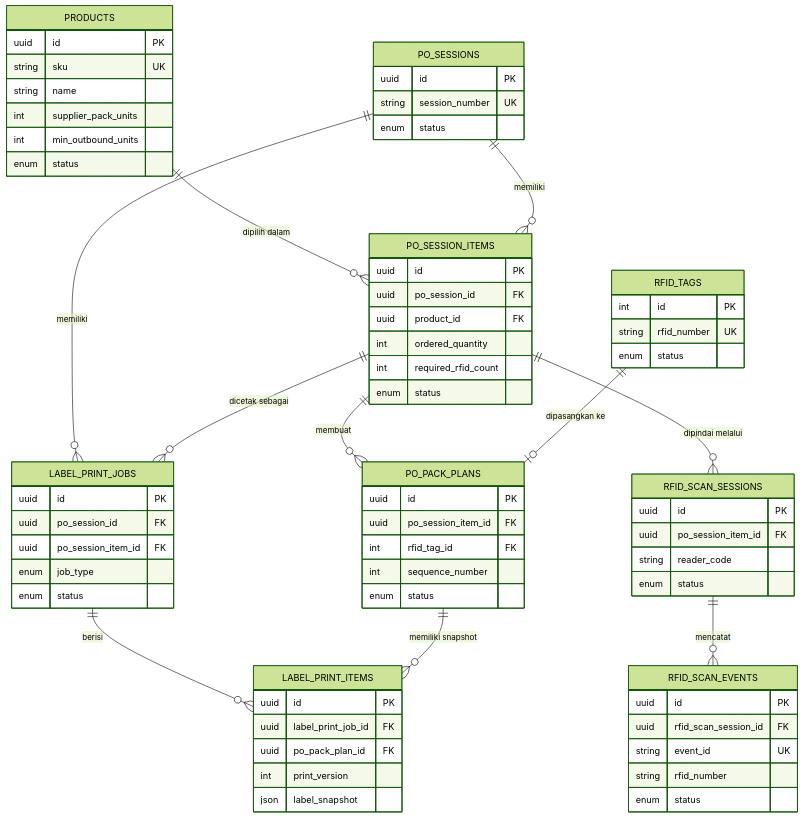
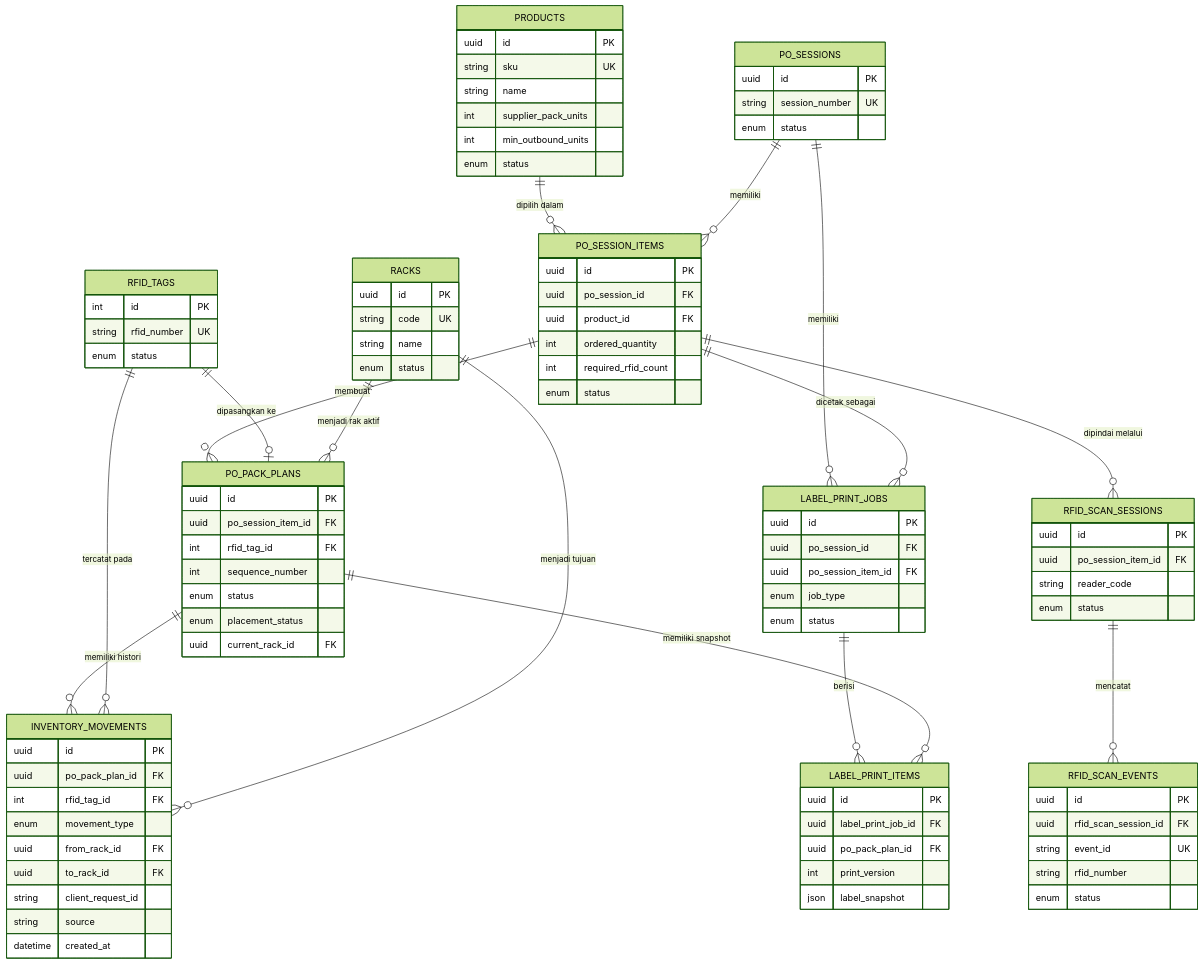
One commit to ITSensync/komar_management_inventory changed the diagram in docs/database/ERD_KOMAR_Inventory_Management.md. Above: the diagram before and after it, drawn with Mermaid (forest theme). The commit also changed other lines of this file and 23 other files, not shown here.

````diff
--- a/docs/database/ERD_KOMAR_Inventory_Management.md
+++ b/docs/database/ERD_KOMAR_Inventory_Management.md
@@ -27,6 +30,10 @@
     PO_SESSIONS ||--o{ PO_SESSION_ITEMS : "memiliki"
     PO_SESSION_ITEMS ||--o{ PO_PACK_PLANS : "membuat"
     RFID_TAGS ||--o| PO_PACK_PLANS : "dipasangkan ke"
+    RACKS ||--o{ PO_PACK_PLANS : "menjadi rak aktif"
+    PO_PACK_PLANS ||--o{ INVENTORY_MOVEMENTS : "memiliki histori"
+    RFID_TAGS ||--o{ INVENTORY_MOVEMENTS : "tercatat pada"
+    RACKS ||--o{ INVENTORY_MOVEMENTS : "menjadi tujuan"
 
     PO_SESSIONS ||--o{ LABEL_PRINT_JOBS : "memiliki"
     PO_SESSION_ITEMS ||--o{ LABEL_PRINT_JOBS : "dicetak sebagai"
@@ -63,6 +70,8 @@
         int rfid_tag_id FK
         int sequence_number
         enum status
+        enum placement_status
+        uuid current_rack_id FK
     }
     RFID_TAGS {
         int id PK
@@ -96,4 +105,21 @@
         string rfid_number
         enum status
     }
+    RACKS {
+        uuid id PK
+        string code UK
+        string name
+        enum status
+    }
+    INVENTORY_MOVEMENTS {
+        uuid id PK
+        uuid po_pack_plan_id FK
+        int rfid_tag_id FK
+        enum movement_type
+        uuid from_rack_id FK
+        uuid to_rack_id FK
+        string client_request_id
+        string source
+        datetime created_at
+    }
 ```
````
